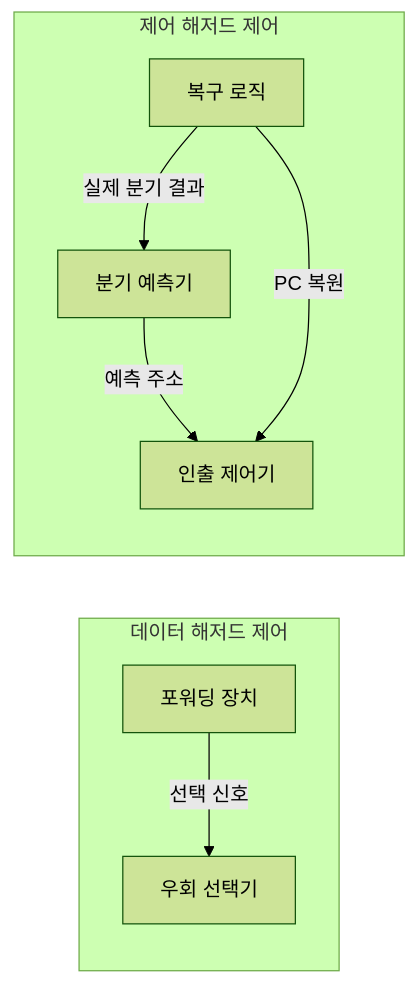
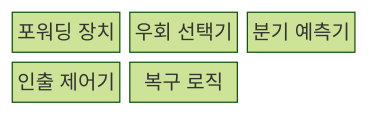
The first of 2 diagrams in src/content/docs/notes/02-hardware/008_pipeline_forwarding_branch_prediction.md (agnusdei1207/knowledge-base), drawn with Mermaid (forest theme) before and after one commit. The commit also changed other lines of this file and 20 other files, not shown here.

````diff
--- a/src/content/docs/notes/02-hardware/008_pipeline_forwarding_branch_prediction.md
+++ b/src/content/docs/notes/02-hardware/008_pipeline_forwarding_branch_prediction.md
@@ -65,11 +63,10 @@
 ```mermaid
-flowchart LR
-    subgraph FD["데이터 해저드 제어"]
-        F["포워딩 장치"] -->|선택 신호| M["우회 선택기"]
-    end
-    subgraph BC["제어 해저드 제어"]
-        B["분기 예측기"] -->|예측 주소| I["인출 제어기"]
-        R["복구 로직"] -->|PC 복원| I
-        R -->|실제 분기 결과| B
-    end
+block
+    columns 3
+    F["포워딩 장치"]
+    M["우회 선택기"]
+    B["분기 예측기"]
+    I["인출 제어기"]
+    R["복구 로직"]
+    space
 ```
````
